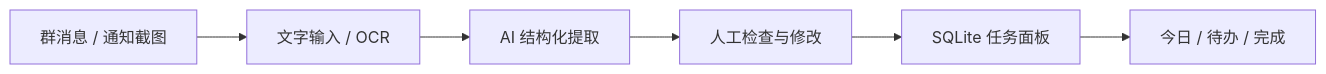
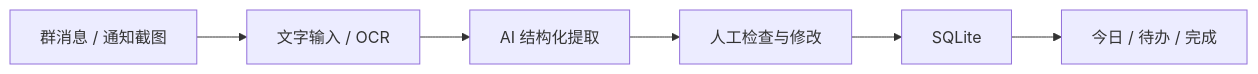
The diagram in README.md (xuyang2005cs/campusflow-ai), drawn with Mermaid before and after one commit. The commit also changed other lines of this file and 6 other files, not shown here.

````diff
--- a/README.md
+++ b/README.md
@@ -21,8 +21,8 @@
 ```mermaid
 flowchart LR
     A[群消息 / 通知截图] --> B[文字输入 / OCR]
     B --> C[AI 结构化提取]
     C --> D[人工检查与修改]
-    D --> E[SQLite 任务面板]
+    D --> E[SQLite]
     E --> F[今日 / 待办 / 完成]
 ```
````
